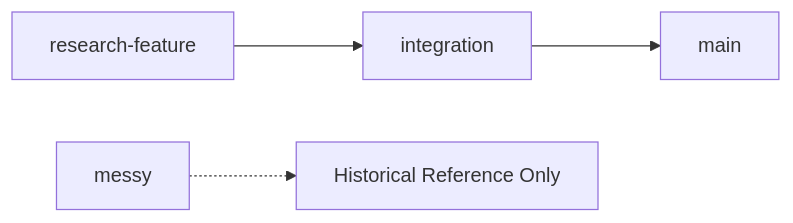
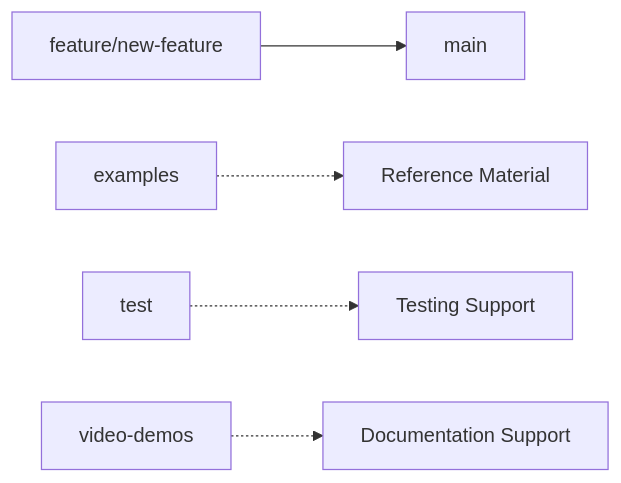
Before and after one commit to wherka-ama/olaf: the diagram in BRANCHING-STRATEGY.md, drawn with Mermaid. The commit also changed other lines of this file, not shown here.

````diff
--- a/BRANCHING-STRATEGY.md
+++ b/BRANCHING-STRATEGY.md
@@ -37,6 +32,7 @@
 ```mermaid
 graph LR
-    A[research-feature] --> B[integration]
-    B --> C[main]
-    D[messy] -.-> E[Historical Reference Only]
+    A[feature/new-feature] --> B[main]
+    C[examples] -.-> D[Reference Material]
+    E[test] -.-> F[Testing Support]
+    G[video-demos] -.-> H[Documentation Support]
 ```
````
